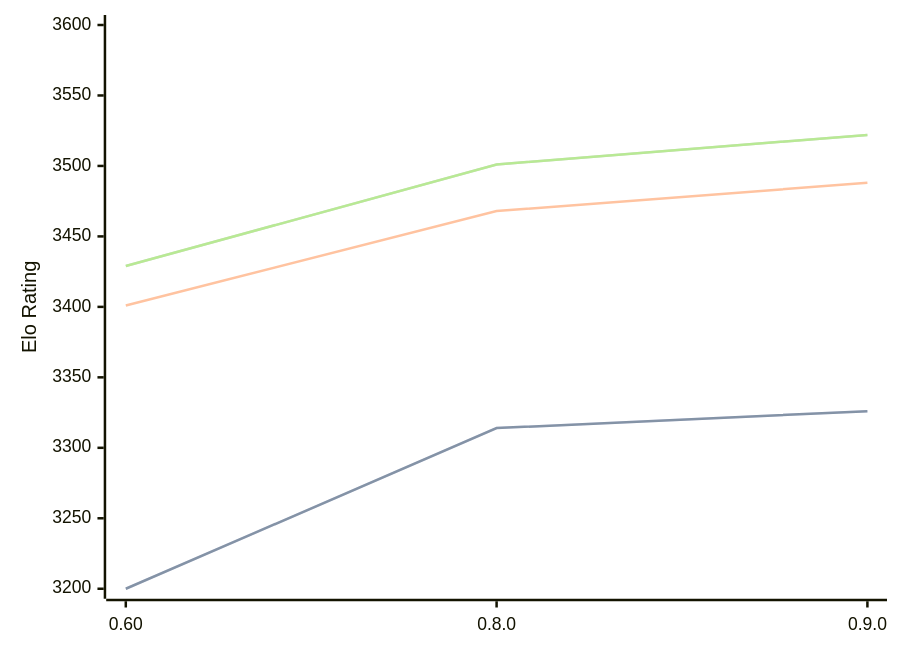
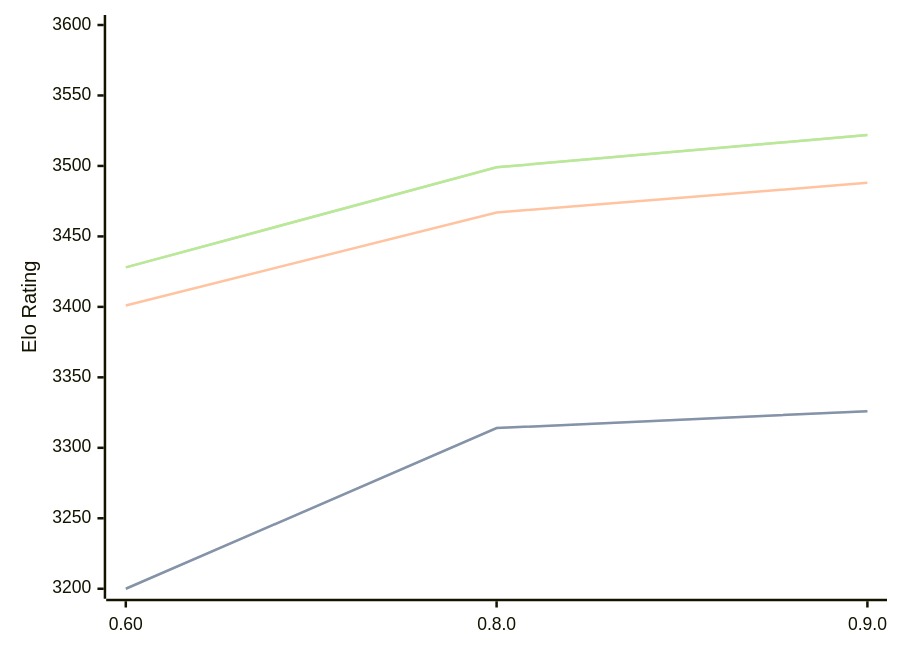
One commit to computer-chess-index/cci changed the diagram in engines/Motor.md. Above: the diagram before and after it, drawn with Mermaid. The commit also changed other lines of this file, not shown here.

Commit message:
Update CCI Ratings (ELO VLTC) - 2026-08-02

````diff
--- a/engines/Motor.md
+++ b/engines/Motor.md
@@ -39,11 +39,11 @@
 ```mermaid
 %%{init: {"theme":"base","themeVariables":{"seriesColors:['#a3a3a3','#222221','#faa371']}}}%%
 xychart-beta
   x-axis ["0.60", "0.8.0", "0.9.0"]
   y-axis "Elo Rating" 3200 --> 3600
   line "STC (8.0+0.08s)" [3200, 3314, 3326]
   line "STC (8.0+0.08s)" [3200, 3314, 3326]
-  line "LTC (60.0+0.60s)" [3401, 3468, 3488]
-  line "VLTC (2m24s+1.12s)" [3429, 3501, 3522]
-  line "VLTC (2m24s+1.12s)" [3429, 3501, 3522]
+  line "LTC (60.0+0.60s)" [3401, 3467, 3488]
+  line "VLTC (2m24s+1.12s)" [3428, 3499, 3522]
+  line "VLTC (2m24s+1.12s)" [3428, 3499, 3522]
 ```
````
